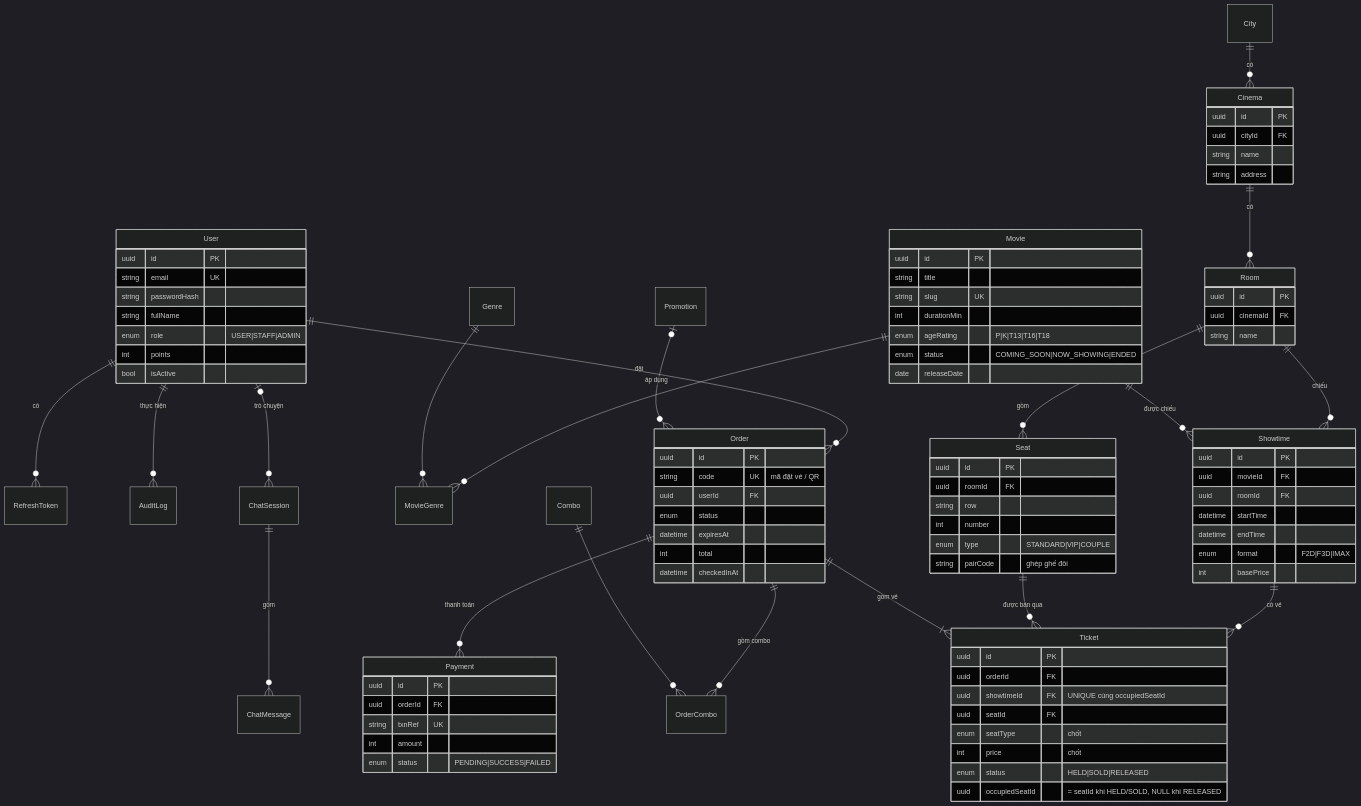
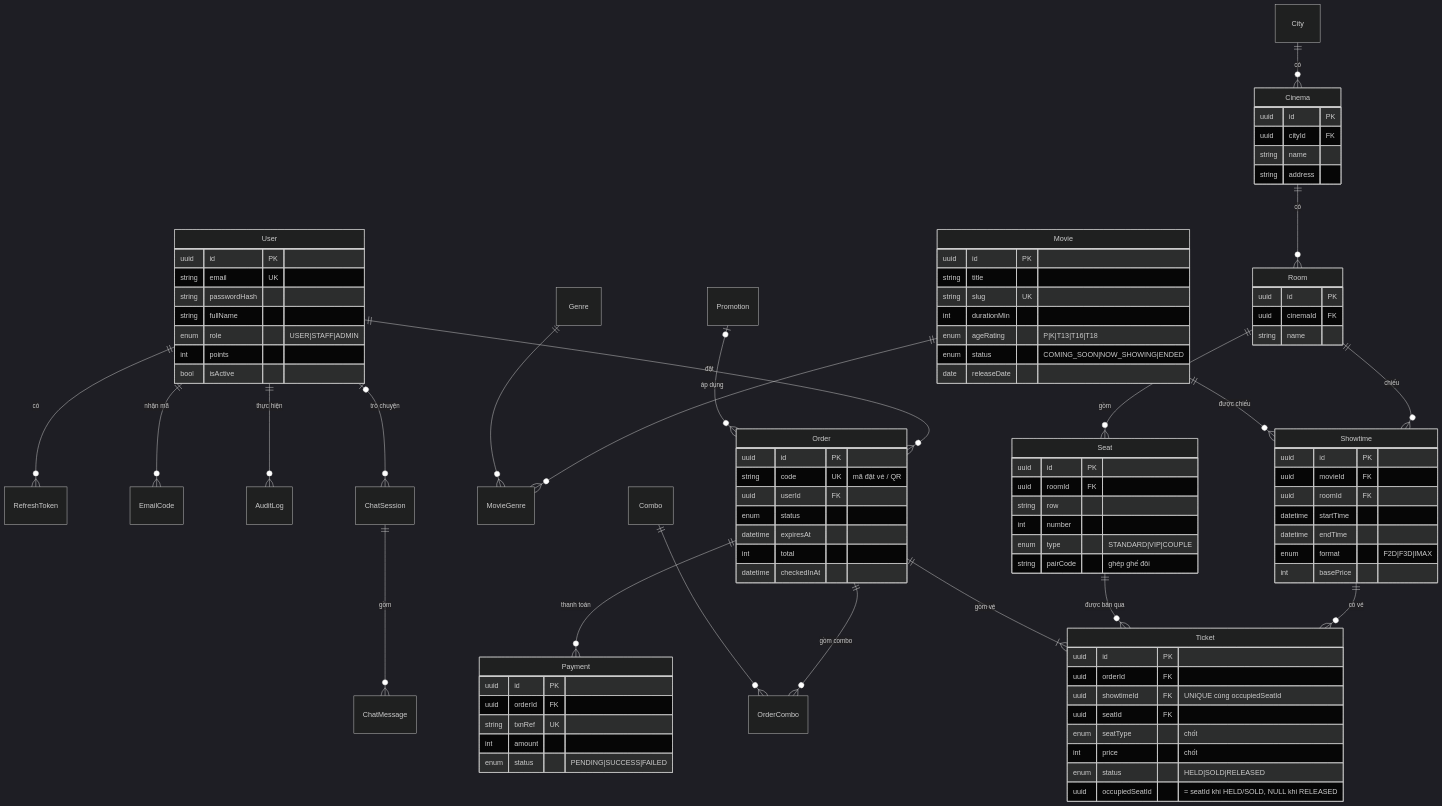
The first of 2 diagrams in docs/03-database.md (khuongkhuongkhuong/Cinemind), drawn with Mermaid (dark theme) before and after one commit. The commit also changed other lines of this file and 42 other files, not shown here.

````diff
--- a/docs/03-database.md
+++ b/docs/03-database.md
@@ -88,6 +89,7 @@
 ```mermaid
 erDiagram
     User ||--o{ RefreshToken : "có"
+    User ||--o{ EmailCode : "nhận mã"
     User ||--o{ AuditLog : "thực hiện"
     User ||--o{ Order : "đặt"
     Movie ||--o{ MovieGenre : ""
````
